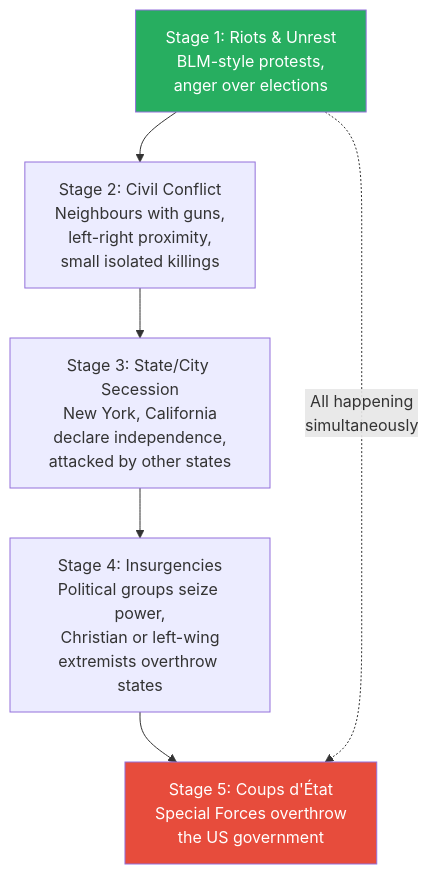
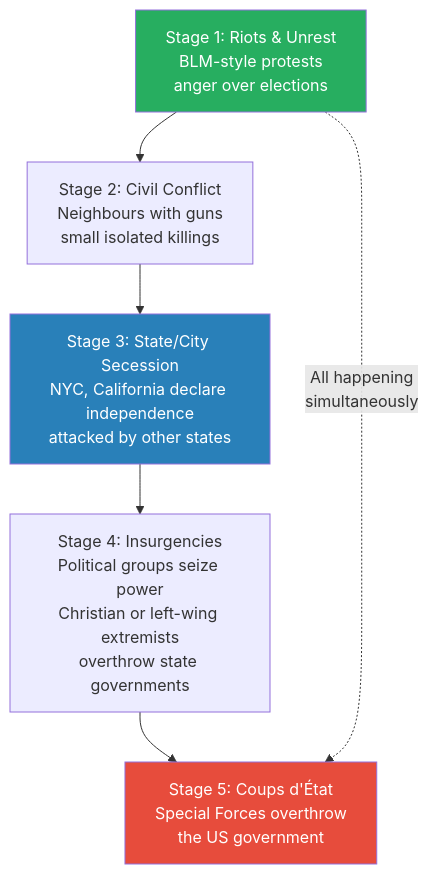
One commit to alius33/reader changed the sixth of 9 diagrams in summaries/Lectures/Geo-Strategy/11 - The Second American Civil War.md. Above: the diagram before and after it, drawn with Mermaid. The commit also changed other lines of this file and 26 other files, not shown here.

````diff
--- a/summaries/Lectures/Geo-Strategy/11 - The Second American Civil War.md
+++ b/summaries/Lectures/Geo-Strategy/11 - The Second American Civil War.md
@@ -492,15 +349,16 @@
 ```mermaid
 flowchart TB
-    S1["Stage 1: Riots & Unrest<br/>BLM-style protests,<br/>anger over elections"]
-    S2["Stage 2: Civil Conflict<br/>Neighbours with guns,<br/>left-right proximity,<br/>small isolated killings"]
-    S3["Stage 3: State/City Secession<br/>New York, California<br/>declare independence,<br/>attacked by other states"]
-    S4["Stage 4: Insurgencies<br/>Political groups seize power,<br/>Christian or left-wing<br/>extremists overthrow states"]
+    S1["Stage 1: Riots & Unrest<br/>BLM-style protests<br/>anger over elections"]
+    S2["Stage 2: Civil Conflict<br/>Neighbours with guns<br/>small isolated killings"]
+    S3["Stage 3: State/City Secession<br/>NYC, California declare independence<br/>attacked by other states"]
+    S4["Stage 4: Insurgencies<br/>Political groups seize power<br/>Christian or left-wing extremists<br/>overthrow state governments"]
     S5["Stage 5: Coups d'État<br/>Special Forces overthrow<br/>the US government"]
     S1 --> S2
     S2 --> S3
     S3 --> S4
     S4 --> S5
-    S1 -.-> |"All happening<br/>simultaneously"| S5
+    S1 -.->|"All happening<br/>simultaneously"| S5
     style S1 fill:#27ae60,color:#fff
+    style S3 fill:#2980b9,color:#fff
     style S5 fill:#e74c3c,color:#fff
 ```
````
